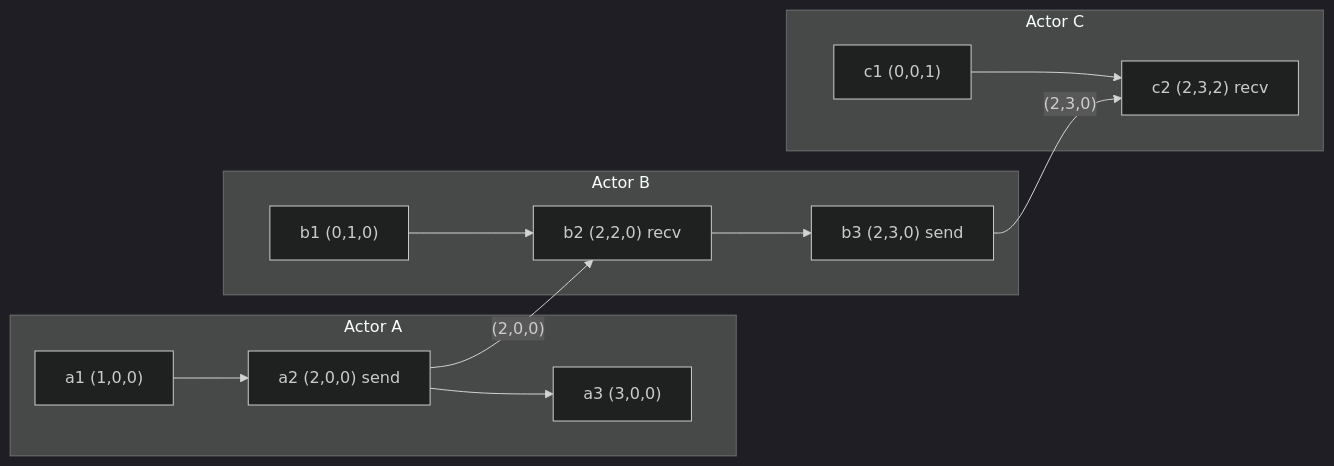
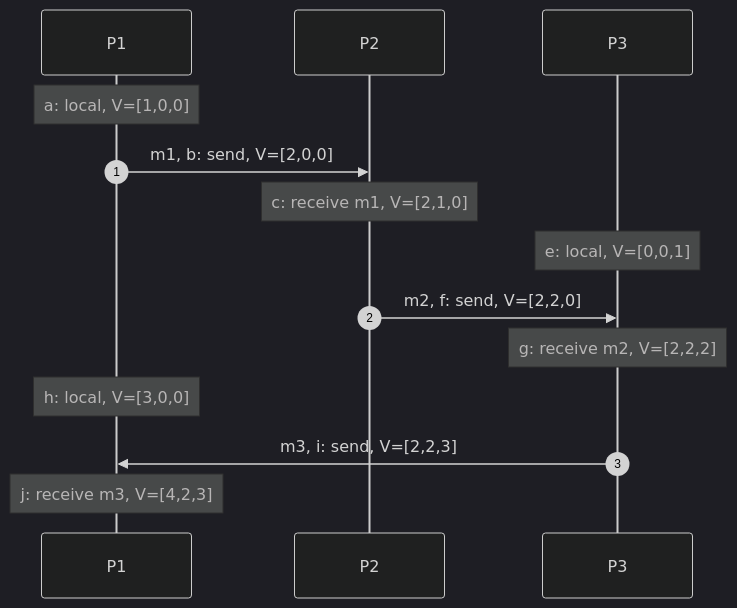
The first of 5 diagrams in src/content/docs/en/foundations/time-and-ordering/vector-clocks.mdx (gorkemsari/distributed-systems), drawn with Mermaid (dark theme) before and after one commit. The commit also changed other lines of this file and 3 other files, not shown here.

````diff
--- a/src/content/docs/en/foundations/time-and-ordering/vector-clocks.mdx
+++ b/src/content/docs/en/foundations/time-and-ordering/vector-clocks.mdx
@@ -30,14 +19,16 @@
 ```mermaid
-flowchart LR
-    subgraph A["Actor A"]
-        A1["a1 (1,0,0)"] --> A2["a2 (2,0,0) send"] --> A3["a3 (3,0,0)"]
-    end
-    subgraph B["Actor B"]
-        B1["b1 (0,1,0)"] --> B2["b2 (2,2,0) recv"] --> B3["b3 (2,3,0) send"]
-    end
-    subgraph C["Actor C"]
-        C1["c1 (0,0,1)"] --> C2["c2 (2,3,2) recv"]
-    end
-    A2 -->|"(2,0,0)"| B2
-    B3 -->|"(2,3,0)"| C2
+sequenceDiagram
+    autonumber
+    participant P1
+    participant P2
+    participant P3
+    Note over P1: a: local, V=[1,0,0]
+    P1->>P2: m1, b: send, V=[2,0,0]
+    Note over P2: c: receive m1, V=[2,1,0]
+    Note over P3: e: local, V=[0,0,1]
+    P2->>P3: m2, f: send, V=[2,2,0]
+    Note over P3: g: receive m2, V=[2,2,2]
+    Note over P1: h: local, V=[3,0,0]
+    P3->>P1: m3, i: send, V=[2,2,3]
+    Note over P1: j: receive m3, V=[4,2,3]
 ```
````
